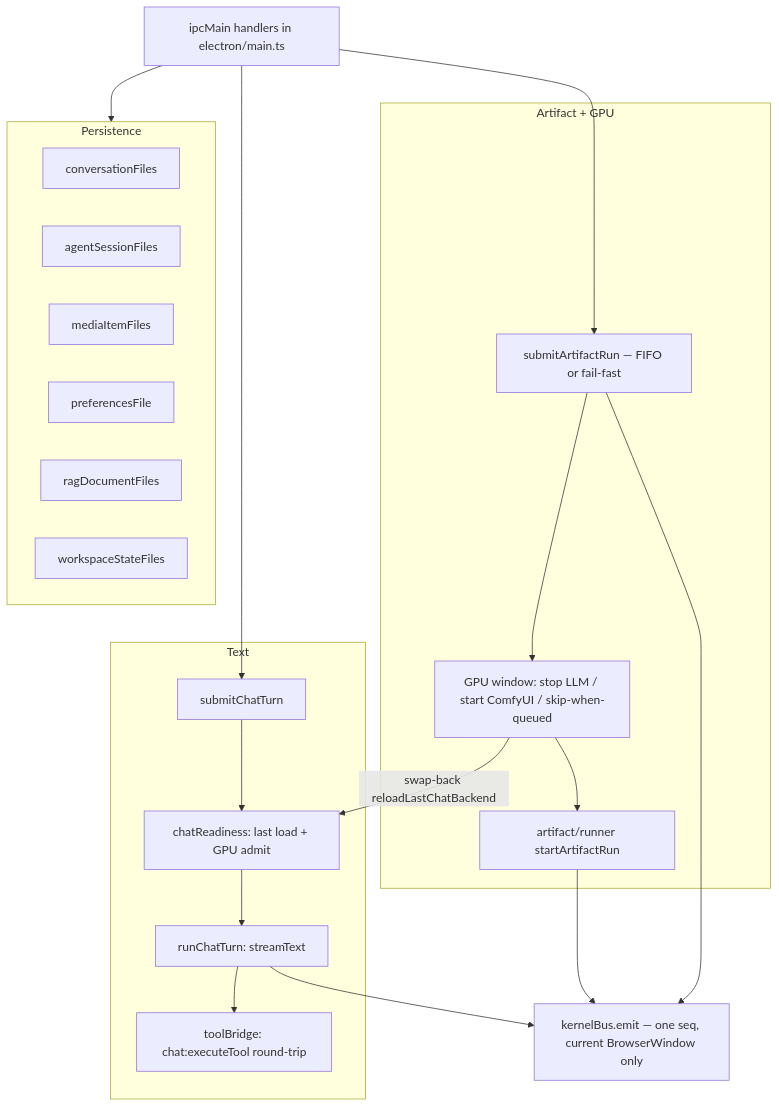
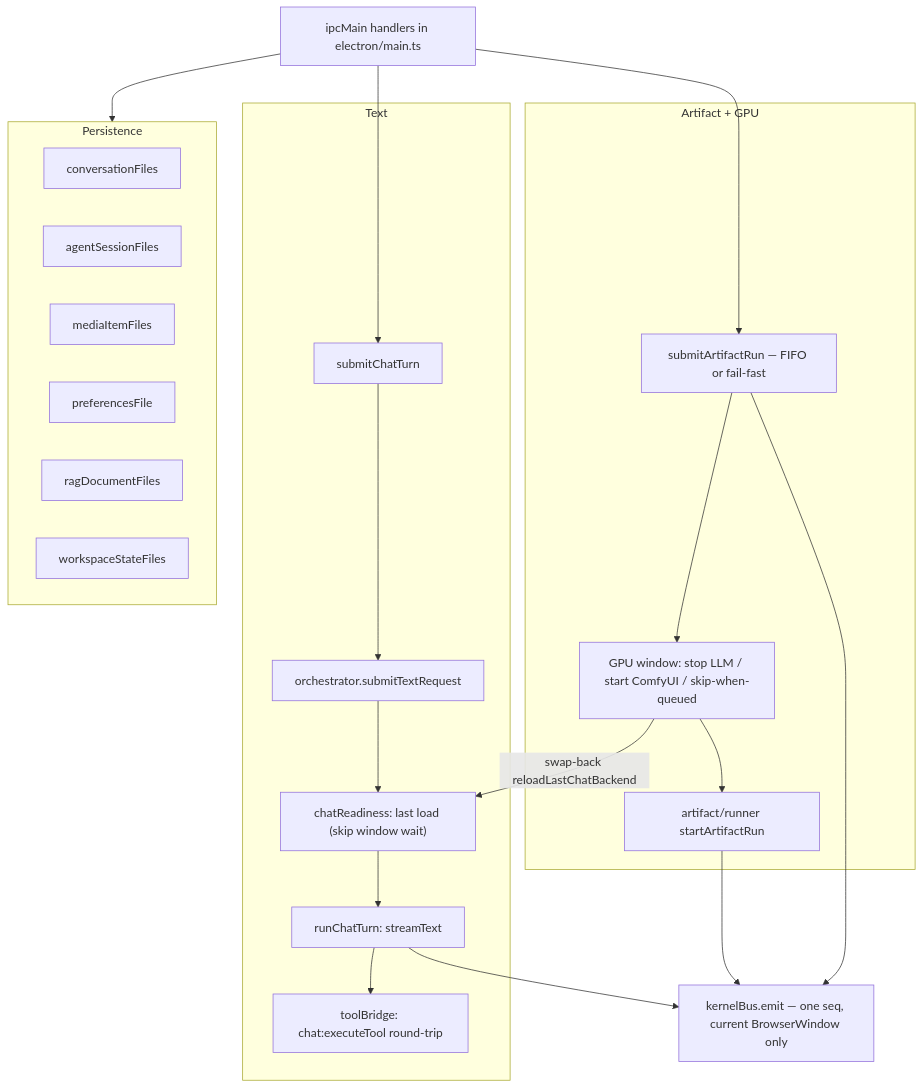
Before and after one commit to TNG/AI-Playground: the third of 7 diagrams in docs/architecture-as-landed.md, drawn with Mermaid. The commit also changed other lines of this file and 11 other files, not shown here.

First line of the commit message:
feat: admit chat turns as orchestrator text requests

````diff
--- a/docs/architecture-as-landed.md
+++ b/docs/architecture-as-landed.md
@@ -149,39 +150,40 @@
 ```mermaid
 flowchart TB
   ipc["ipcMain handlers in electron/main.ts"]
 
   subgraph textPath["Text"]
     submit["submitChatTurn"]
-    ready["chatReadiness: last load + GPU admit"]
+    occ["orchestrator.submitTextRequest"]
+    ready["chatReadiness: last load (skip window wait)"]
     engine["runChatTurn: streamText"]
     tools["toolBridge: chat:executeTool round-trip"]
-    submit --> ready --> engine
+    submit --> occ --> ready --> engine
     engine --> tools
   end
 
   subgraph mediaPath["Artifact + GPU"]
     oq["submitArtifactRun — FIFO or fail-fast"]
     gpu["GPU window: stop LLM / start ComfyUI / skip-when-queued"]
     runner["artifact/runner startArtifactRun"]
     oq --> gpu --> runner
     gpu -->|"swap-back reloadLastChatBackend"| ready
   end
 
   subgraph persistPath["Persistence"]
     conv["conversationFiles"]
     sess["agentSessionFiles"]
     mediaF["mediaItemFiles"]
     prefs["preferencesFile"]
     rag["ragDocumentFiles"]
     ws["workspaceStateFiles"]
   end
 
   bus["kernelBus.emit — one seq, current BrowserWindow only"]
 
   ipc --> submit
   ipc --> oq
   ipc --> persistPath
   engine --> bus
   runner --> bus
   oq --> bus
 ```
````
